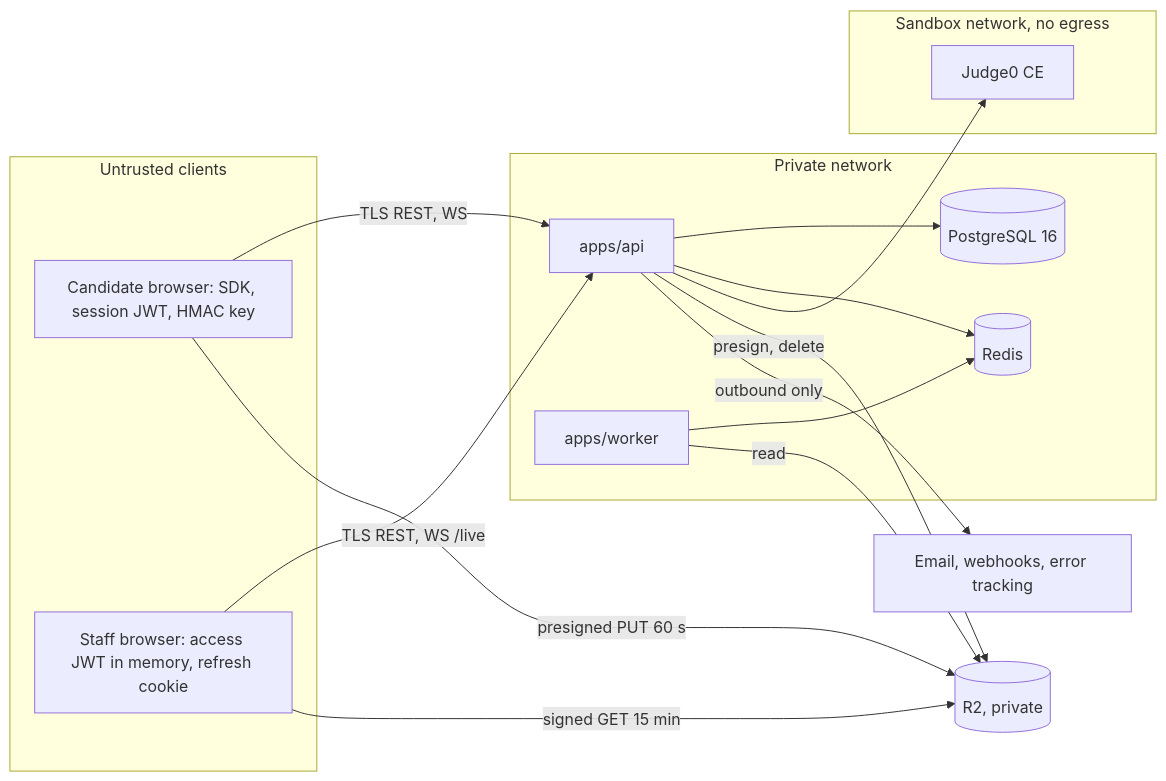
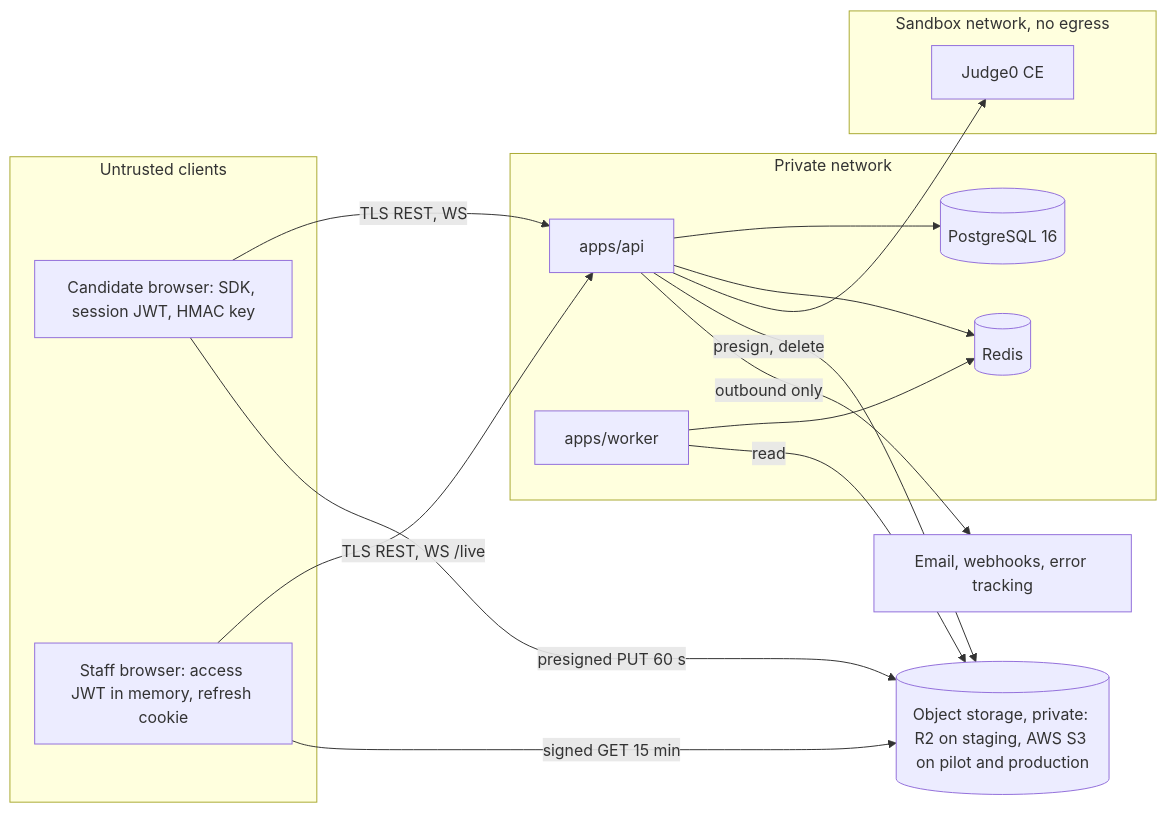
Before and after one commit to harshtrivedi312/codeproctor: the diagram in docs/adr/0001-overall-architecture.md, drawn with Mermaid. The commit also changed other lines of this file, not shown here.

````diff
--- a/docs/adr/0001-overall-architecture.md
+++ b/docs/adr/0001-overall-architecture.md
@@ -36,27 +53,27 @@
 ```mermaid
 flowchart LR
   subgraph U[Untrusted clients]
     CB[Candidate browser: SDK, session JWT, HMAC key]
     SB[Staff browser: access JWT in memory, refresh cookie]
   end
   subgraph N[Private network]
     API[apps/api]
     W[apps/worker]
     PG[(PostgreSQL 16)]
     RD[(Redis)]
   end
   subgraph S[Sandbox network, no egress]
     J0[Judge0 CE]
   end
-  R2[(R2, private)]
+  R2[(Object storage, private: R2 on staging, AWS S3 on pilot and production)]
   X[Email, webhooks, error tracking]
   CB -->|TLS REST, WS| API
   SB -->|TLS REST, WS /live| API
   CB -->|presigned PUT 60 s| R2
   SB -->|signed GET 15 min| R2
   API --> PG & RD & J0
   API -->|presign, delete| R2
   W --> RD
   W -->|read| R2
   API -->|outbound only| X
 ```
````
